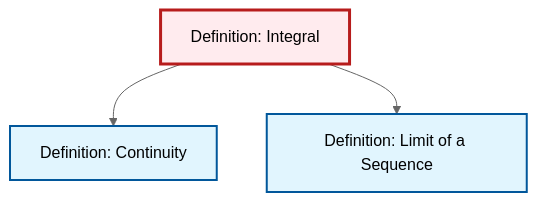
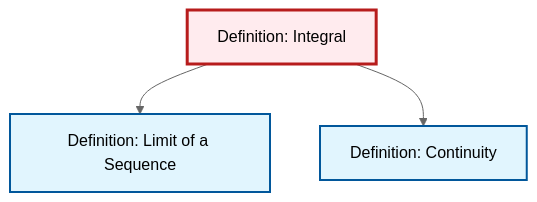
Before and after one commit to RK0429/ModernMath: the diagram in content/ja/analysis/def-integral.qmd, drawn with Mermaid (neutral theme). The commit also changed other lines of this file and 530 other files, not shown here.

````diff
--- a/content/ja/analysis/def-integral.qmd
+++ b/content/ja/analysis/def-integral.qmd
@@ -80,17 +80,17 @@
 ```{mermaid}
 %%| fig-cap: "Local dependency graph"
 graph TD
     classDef definition fill:#e1f5fe,stroke:#01579b,stroke-width:2px
     classDef theorem fill:#f3e5f5,stroke:#4a148c,stroke-width:2px
     classDef axiom fill:#fff3e0,stroke:#e65100,stroke-width:2px
     classDef example fill:#e8f5e9,stroke:#1b5e20,stroke-width:2px
     classDef current fill:#ffebee,stroke:#b71c1c,stroke-width:3px
     def-continuity["Definition: Continuity"]:::definition
+    def-limit["Definition: Limit of a Sequence"]:::definition
     def-integral["Definition: Integral"]:::definition
-    def-limit["Definition: Limit of a Sequence"]:::definition
+    def-integral --> def-limit
     def-integral --> def-continuity
-    def-integral --> def-limit
     class def-integral current
     click def-continuity "def-continuity.html" "Definition: Continuityへ"
     click def-limit "def-limit.html" "Definition: Limit of a Sequenceへ"
 ```
````
